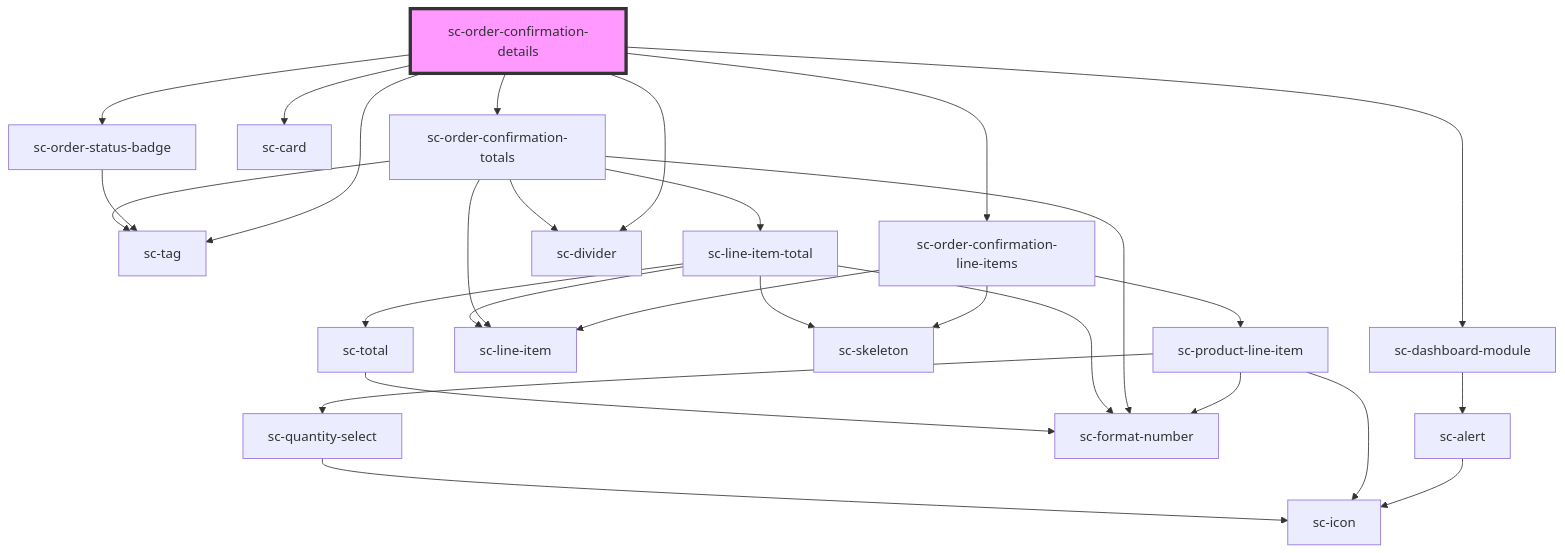
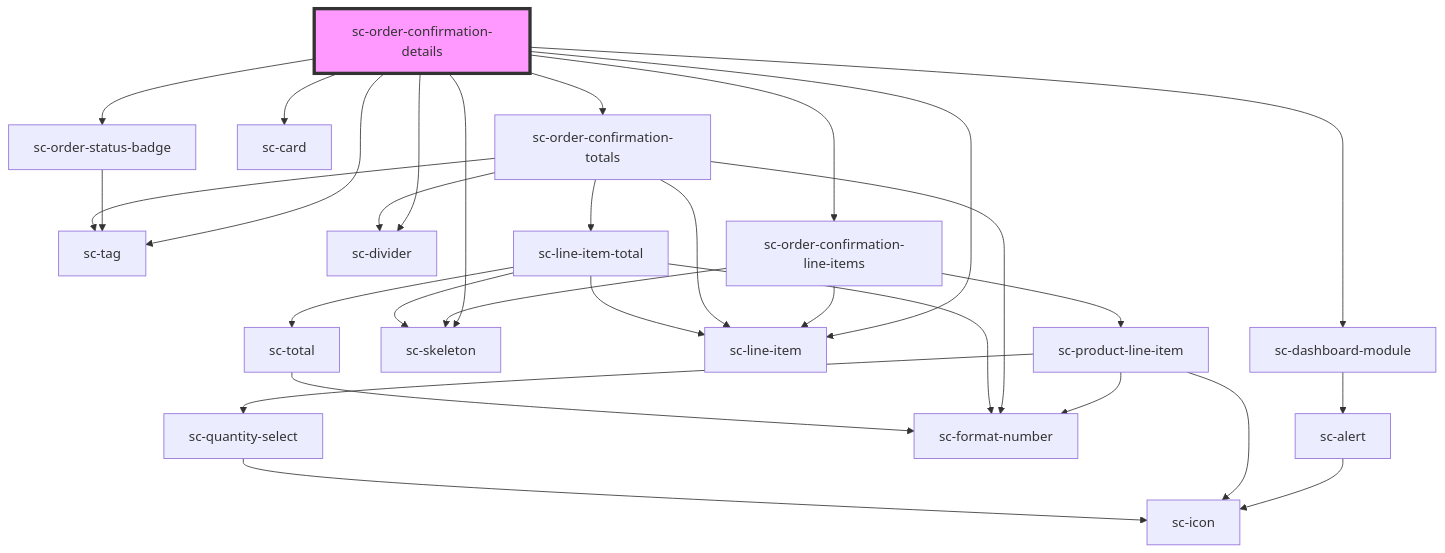
The diagram in packages/components/src/components/controllers/confirmation/order-confirmation-details/readme.md (surecart/surecart-wp-plugin), drawn with Mermaid before and after one commit. The commit also changed other lines of this file and 4 other files, not shown here.

````diff
--- a/packages/components/src/components/controllers/confirmation/order-confirmation-details/readme.md
+++ b/packages/components/src/components/controllers/confirmation/order-confirmation-details/readme.md
@@ -28,31 +31,33 @@
 ```mermaid
 graph TD;
   sc-order-confirmation-details --> sc-tag
   sc-order-confirmation-details --> sc-order-status-badge
   sc-order-confirmation-details --> sc-dashboard-module
+  sc-order-confirmation-details --> sc-skeleton
   sc-order-confirmation-details --> sc-card
+  sc-order-confirmation-details --> sc-line-item
+  sc-order-confirmation-details --> sc-divider
   sc-order-confirmation-details --> sc-order-confirmation-line-items
-  sc-order-confirmation-details --> sc-divider
   sc-order-confirmation-details --> sc-order-confirmation-totals
   sc-order-status-badge --> sc-tag
   sc-dashboard-module --> sc-alert
   sc-alert --> sc-icon
   sc-order-confirmation-line-items --> sc-line-item
   sc-order-confirmation-line-items --> sc-skeleton
   sc-order-confirmation-line-items --> sc-product-line-item
   sc-product-line-item --> sc-format-number
   sc-product-line-item --> sc-quantity-select
   sc-product-line-item --> sc-icon
   sc-quantity-select --> sc-icon
   sc-order-confirmation-totals --> sc-line-item
   sc-order-confirmation-totals --> sc-tag
   sc-order-confirmation-totals --> sc-format-number
   sc-order-confirmation-totals --> sc-line-item-total
   sc-order-confirmation-totals --> sc-divider
   sc-line-item-total --> sc-line-item
   sc-line-item-total --> sc-skeleton
   sc-line-item-total --> sc-total
   sc-line-item-total --> sc-format-number
   sc-total --> sc-format-number
   style sc-order-confirmation-details fill:#f9f,stroke:#333,stroke-width:4px
 ```
````
